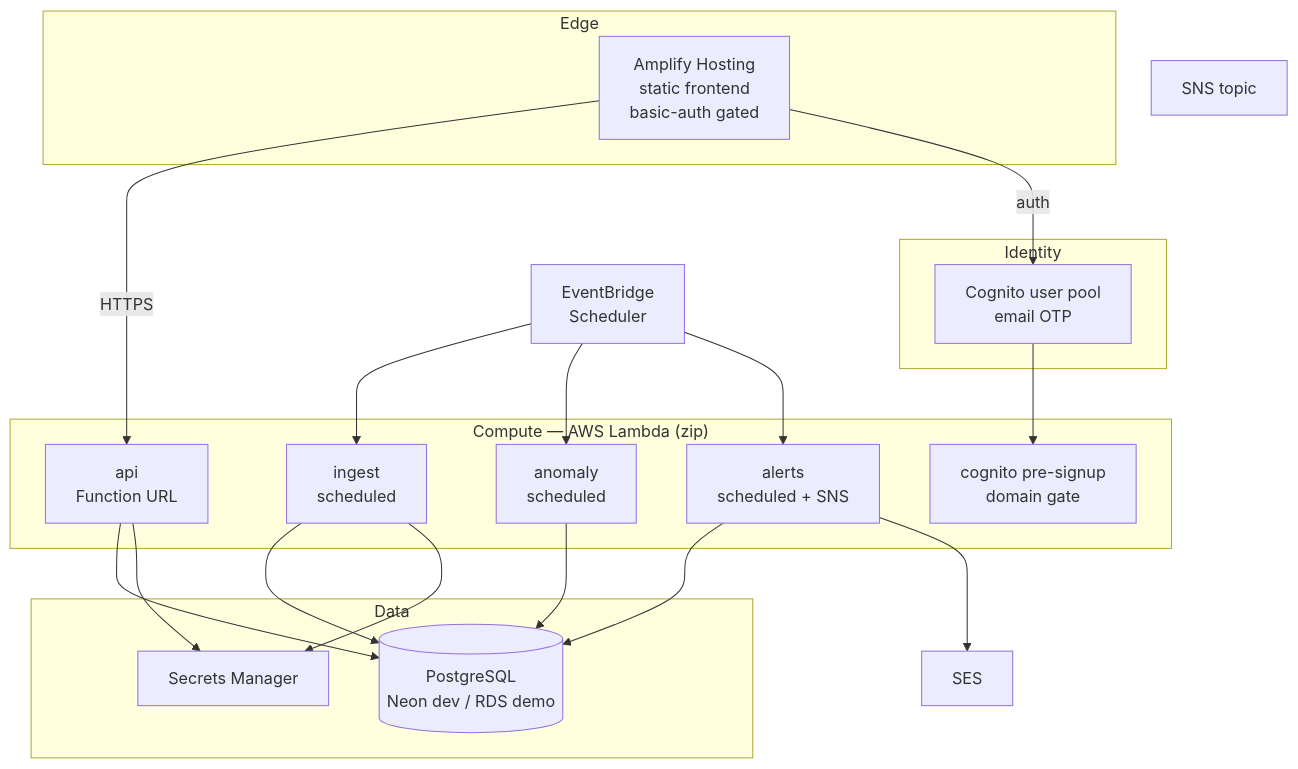
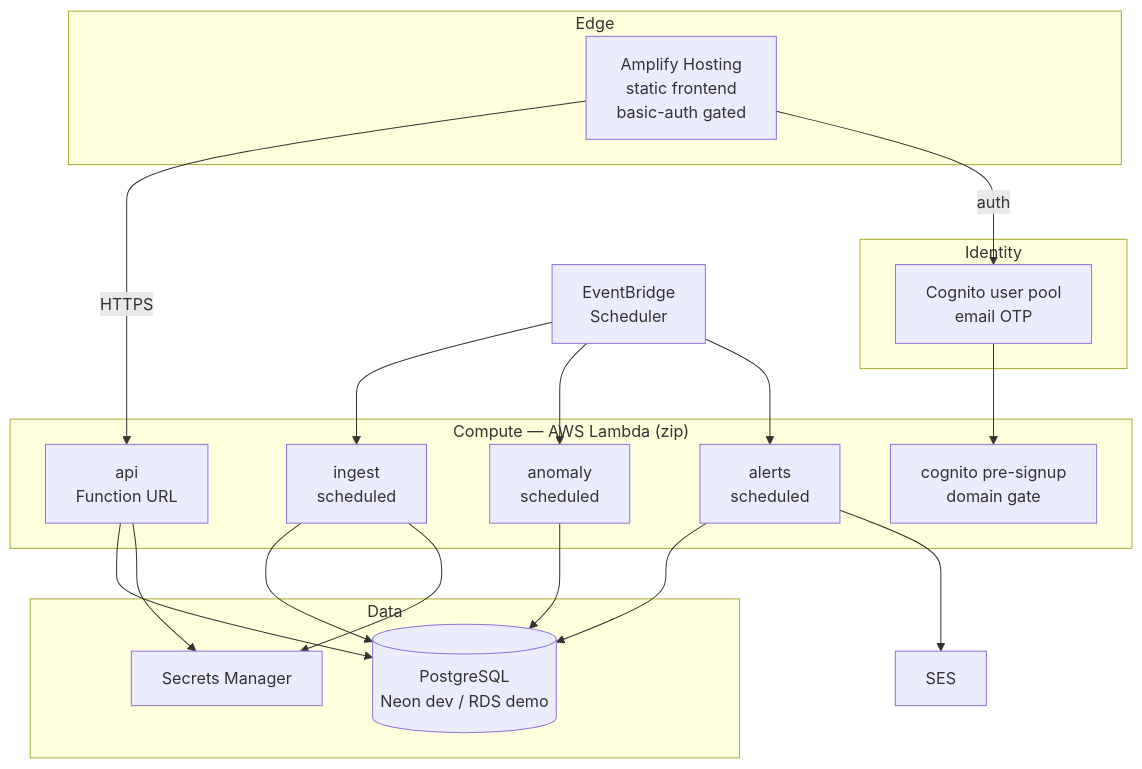
The second of 4 diagrams in docs/02-architecture.md (Hemanth0411/Cloud_Cost_Intelligence_Hub), drawn with Mermaid before and after one commit. The commit also changed other lines of this file and 47 other files, not shown here.

````diff
--- a/docs/02-architecture.md
+++ b/docs/02-architecture.md
@@ -39,41 +39,40 @@
 ```mermaid
 graph TB
     subgraph EDGE["Edge"]
         AMP["Amplify Hosting<br/>static frontend<br/>basic-auth gated"]
     end
 
     subgraph COMPUTE["Compute — AWS Lambda (zip)"]
         API["api<br/>Function URL"]
         ING["ingest<br/>scheduled"]
         ANO["anomaly<br/>scheduled"]
-        ALR["alerts<br/>scheduled + SNS"]
+        ALR["alerts<br/>scheduled"]
         PRE["cognito pre-signup<br/>domain gate"]
     end
 
     subgraph DATA["Data"]
         PG[("PostgreSQL<br/>Neon dev / RDS demo")]
         SM["Secrets Manager"]
     end
 
     subgraph AUTH["Identity"]
         COG["Cognito user pool<br/>email OTP"]
     end
 
     EB["EventBridge<br/>Scheduler"]
-    SNS["SNS topic"]
     SES["SES"]
 
     AMP -->|HTTPS| API
     AMP -->|auth| COG
     COG --> PRE
     EB --> ING
     EB --> ANO
     EB --> ALR
     API --> PG
     ING --> PG
     ANO --> PG
     ALR --> PG
     ALR --> SES
     ING --> SM
     API --> SM
 ```
````
